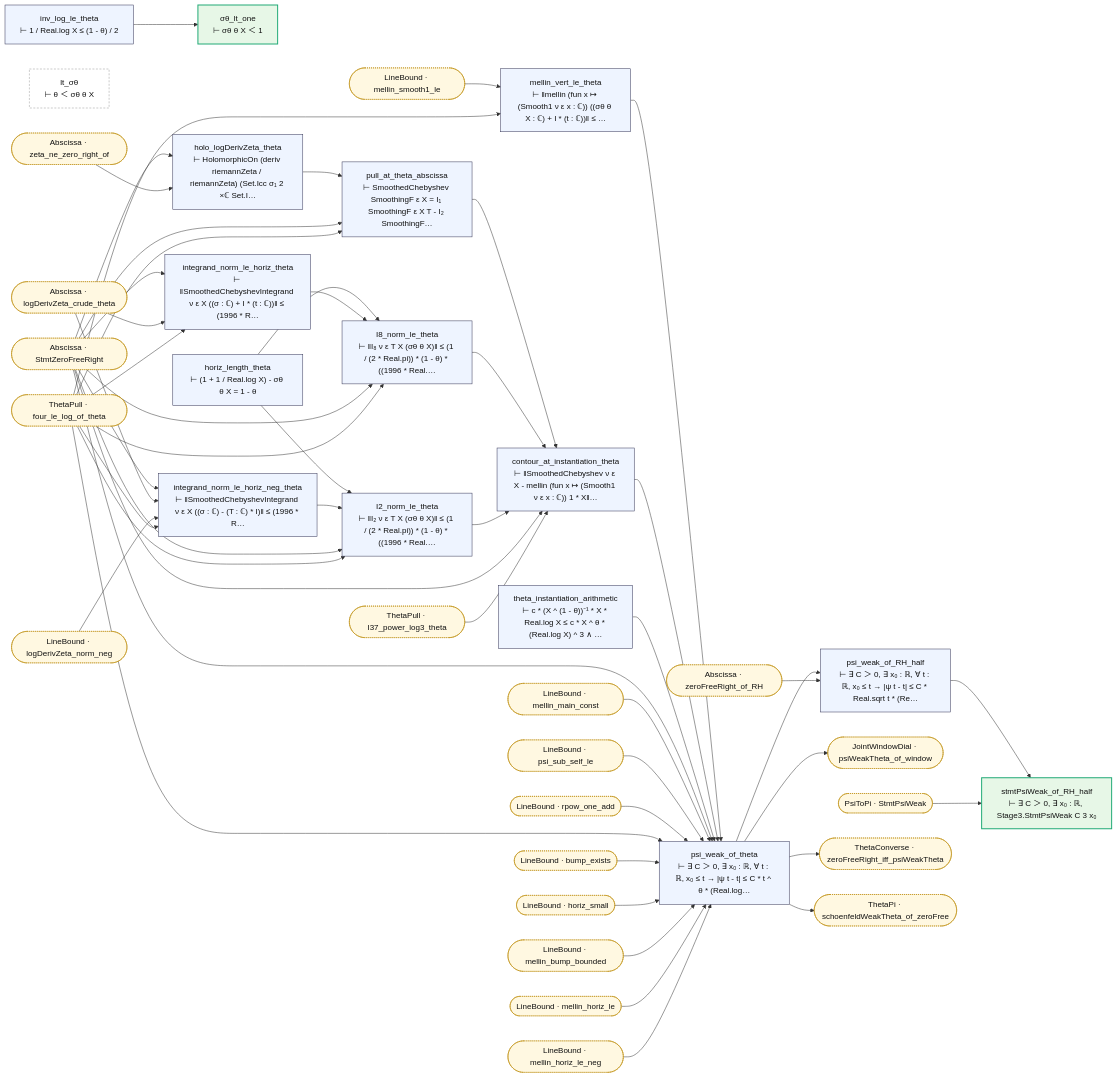
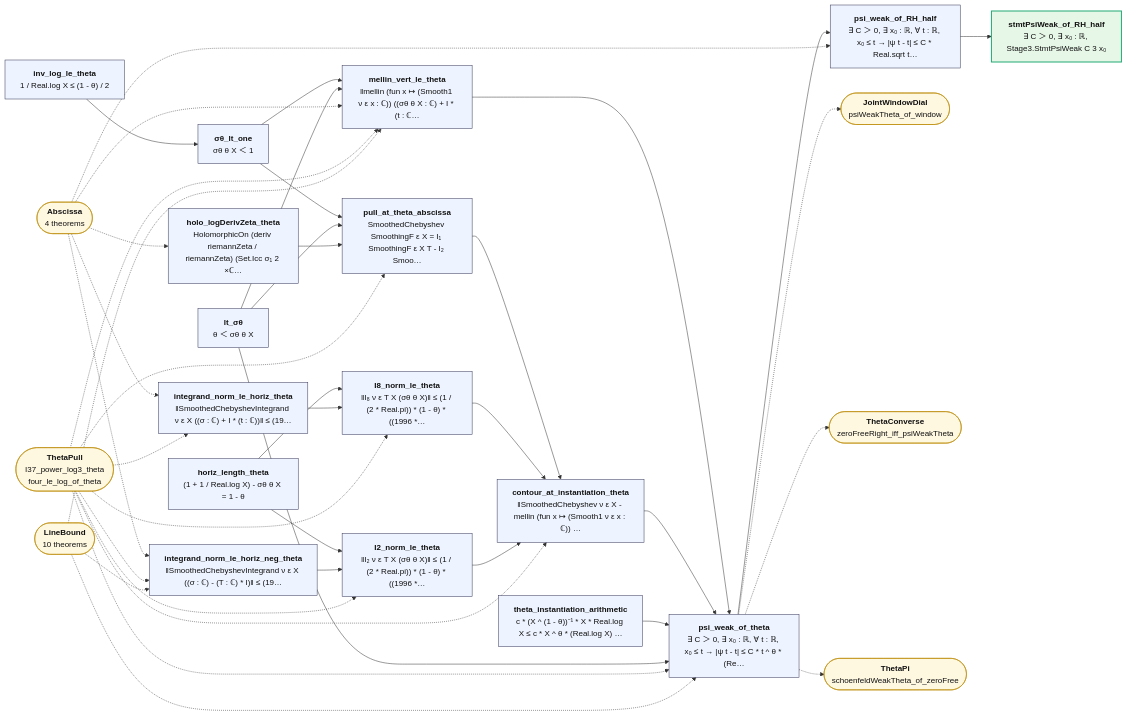
Before and after one commit to juliansambranojr/Primebeat_081426: the diagram in map/lean_stage3/ThetaPsi.md, drawn with Mermaid. The commit also changed other lines of this file and 387 other files, not shown here.

````diff
--- a/map/lean_stage3/ThetaPsi.md
+++ b/map/lean_stage3/ThetaPsi.md
@@ -8,50 +12,38 @@
 ```mermaid
 flowchart LR
-  n0["inv_log_le_theta<br/>⊢ 1 / Real.log X ≤ (1 - θ) / 2"]:::thm
-  n1["σθ_lt_one<br/>⊢ σθ θ X ＜ 1"]:::end_
-  n2["lt_σθ<br/>⊢ θ ＜ σθ θ X"]:::lone
-  n3["horiz_length_theta<br/>⊢ (1 + 1 / Real.log X) - σθ θ X = 1 - θ"]:::thm
-  n4["holo_logDerivZeta_theta<br/>⊢ HolomorphicOn (deriv riemannZeta / riemannZeta) (Set.Icc σ₁ 2 ×ℂ Set.I…"]:::thm
-  n5["pull_at_theta_abscissa<br/>⊢ SmoothedChebyshev SmoothingF ε X = I₁ SmoothingF ε X T - I₂ SmoothingF…"]:::thm
-  n6["integrand_norm_le_horiz_theta<br/>⊢ ‖SmoothedChebyshevIntegrand ν ε X ((σ : ℂ) + I * (t : ℂ))‖ ≤ (1996 * R…"]:::thm
-  n7["integrand_norm_le_horiz_neg_theta<br/>⊢ ‖SmoothedChebyshevIntegrand ν ε X ((σ : ℂ) - (T : ℂ) * I)‖ ≤ (1996 * R…"]:::thm
-  n8["I8_norm_le_theta<br/>⊢ ‖I₈ ν ε T X (σθ θ X)‖ ≤ (1 / (2 * Real.pi)) * (1 - θ) * ((1996 * Real.…"]:::thm
-  n9["I2_norm_le_theta<br/>⊢ ‖I₂ ν ε T X (σθ θ X)‖ ≤ (1 / (2 * Real.pi)) * (1 - θ) * ((1996 * Real.…"]:::thm
-  n10["mellin_vert_le_theta<br/>⊢ ‖mellin (fun x ↦ (Smooth1 ν ε x : ℂ)) ((σθ θ X : ℂ) + I * (t : ℂ))‖ ≤ …"]:::thm
-  n11["contour_at_instantiation_theta<br/>⊢ ‖SmoothedChebyshev ν ε X - mellin (fun x ↦ (Smooth1 ν ε x : ℂ)) 1 * X‖…"]:::thm
-  n12["theta_instantiation_arithmetic<br/>⊢ c * (X ^ (1 - θ))⁻¹ * X * Real.log X ≤ c * X ^ θ * (Real.log X) ^ 3 ∧ …"]:::thm
-  n13["psi_weak_of_theta<br/>⊢ ∃ C ＞ 0, ∃ x₀ : ℝ, ∀ t : ℝ, x₀ ≤ t → |ψ t - t| ≤ C * t ^ θ * (Real.log…"]:::thm
-  n14["psi_weak_of_RH_half<br/>⊢ ∃ C ＞ 0, ∃ x₀ : ℝ, ∀ t : ℝ, x₀ ≤ t → |ψ t - t| ≤ C * Real.sqrt t * (Re…"]:::thm
-  n15["stmtPsiWeak_of_RH_half<br/>⊢ ∃ C ＞ 0, ∃ x₀ : ℝ, Stage3.StmtPsiWeak C 3 x₀"]:::end_
-  x0(["Abscissa · StmtZeroFreeRight"]):::ext
-  x1(["Abscissa · logDerivZeta_crude_theta"]):::ext
-  x2(["Abscissa · zeroFreeRight_of_RH"]):::ext
-  x3(["Abscissa · zeta_ne_zero_right_of"]):::ext
-  x4(["JointWindowDial · psiWeakTheta_of_window"]):::ext
-  x5(["LineBound · bump_exists"]):::ext
-  x6(["LineBound · horiz_small"]):::ext
-  x7(["LineBound · mellin_bump_bounded"]):::ext
-  x8(["LineBound · mellin_horiz_le"]):::ext
-  x9(["LineBound · mellin_horiz_le_neg"]):::ext
-  x10(["LineBound · mellin_main_const"]):::ext
-  x11(["LineBound · mellin_smooth1_le"]):::ext
-  x12(["LineBound · psi_sub_self_le"]):::ext
-  x13(["LineBound · rpow_one_add"]):::ext
-  x14(["LineBound · logDerivZeta_norm_neg"]):::ext
-  x15(["PsiToPi · StmtPsiWeak"]):::ext
-  x16(["ThetaConverse · zeroFreeRight_iff_psiWeakTheta"]):::ext
-  x17(["ThetaPi · schoenfeldWeakTheta_of_zeroFree"]):::ext
-  x18(["ThetaPull · I37_power_log3_theta"]):::ext
-  x19(["ThetaPull · four_le_log_of_theta"]):::ext
+  n0["<b>inv_log_le_theta</b><br/>1 / Real.log X ≤ (1 - θ) / 2"]:::thm
+  n1["<b>σθ_lt_one</b><br/>σθ θ X ＜ 1"]:::thm
+  n2["<b>lt_σθ</b><br/>θ ＜ σθ θ X"]:::thm
+  n3["<b>horiz_length_theta</b><br/>(1 + 1 / Real.log X) - σθ θ X = 1 - θ"]:::thm
+  n4["<b>holo_logDerivZeta_theta</b><br/>HolomorphicOn (deriv riemannZeta / riemannZeta) (Set.Icc σ₁ 2 ×ℂ…"]:::thm
+  n5["<b>pull_at_theta_abscissa</b><br/>SmoothedChebyshev SmoothingF ε X = I₁ SmoothingF ε X T - I₂ Smoo…"]:::thm
+  n6["<b>integrand_norm_le_horiz_theta</b><br/>‖SmoothedChebyshevIntegrand ν ε X ((σ : ℂ) + I * (t : ℂ))‖ ≤ (19…"]:::thm
+  n7["<b>integrand_norm_le_horiz_neg_theta</b><br/>‖SmoothedChebyshevIntegrand ν ε X ((σ : ℂ) - (T : ℂ) * I)‖ ≤ (19…"]:::thm
+  n8["<b>I8_norm_le_theta</b><br/>‖I₈ ν ε T X (σθ θ X)‖ ≤ (1 / (2 * Real.pi)) * (1 - θ) * ((1996 *…"]:::thm
+  n9["<b>I2_norm_le_theta</b><br/>‖I₂ ν ε T X (σθ θ X)‖ ≤ (1 / (2 * Real.pi)) * (1 - θ) * ((1996 *…"]:::thm
+  n10["<b>mellin_vert_le_theta</b><br/>‖mellin (fun x ↦ (Smooth1 ν ε x : ℂ)) ((σθ θ X : ℂ) + I * (t : ℂ…"]:::thm
+  n11["<b>contour_at_instantiation_theta</b><br/>‖SmoothedChebyshev ν ε X - mellin (fun x ↦ (Smooth1 ν ε x : ℂ)) …"]:::thm
+  n12["<b>theta_instantiation_arithmetic</b><br/>c * (X ^ (1 - θ))⁻¹ * X * Real.log X ≤ c * X ^ θ * (Real.log X) …"]:::thm
+  n13["<b>psi_weak_of_theta</b><br/>∃ C ＞ 0, ∃ x₀ : ℝ, ∀ t : ℝ, x₀ ≤ t → |ψ t - t| ≤ C * t ^ θ * (Re…"]:::thm
+  n14["<b>psi_weak_of_RH_half</b><br/>∃ C ＞ 0, ∃ x₀ : ℝ, ∀ t : ℝ, x₀ ≤ t → |ψ t - t| ≤ C * Real.sqrt t…"]:::thm
+  n15["<b>stmtPsiWeak_of_RH_half</b><br/>∃ C ＞ 0, ∃ x₀ : ℝ, Stage3.StmtPsiWeak C 3 x₀"]:::end_
+  x0(["<b>Abscissa</b><br/>4 theorems"]):::ext
+  x1(["<b>ThetaPull</b><br/>I37_power_log3_theta<br/>four_le_log_of_theta"]):::ext
+  x2(["<b>LineBound</b><br/>10 theorems"]):::ext
+  x3(["<b>JointWindowDial</b><br/>psiWeakTheta_of_window"]):::ext
+  x4(["<b>ThetaConverse</b><br/>zeroFreeRight_iff_psiWeakTheta"]):::ext
+  x5(["<b>ThetaPi</b><br/>schoenfeldWeakTheta_of_zeroFree"]):::ext
   n0 --> n1
+  n1 --> n10
+  n1 --> n5
   n10 --> n13
   n11 --> n13
   n12 --> n13
   n13 --> n14
-  n13 --> x16
-  n13 --> x17
-  n13 --> x4
   n14 --> n15
+  n2 --> n10
+  n2 --> n13
+  n2 --> n5
   n3 --> n8
   n3 --> n9
   n4 --> n5
@@ -60,41 +52,28 @@
   n7 --> n9
   n8 --> n11
   n9 --> n11
-  x0 --> n11
-  x0 --> n13
-  x0 --> n4
-  x0 --> n5
-  x0 --> n6
-  x0 --> n7
-  x0 --> n8
-  x0 --> n9
-  x1 --> n6
-  x1 --> n7
-  x10 --> n13
-  x11 --> n10
-  x12 --> n13
-  x13 --> n13
-  x14 --> n7
-  x15 --> n15
-  x18 --> n11
-  x19 --> n10
-  x19 --> n13
-  x19 --> n5
-  x19 --> n6
-  x19 --> n7
-  x19 --> n8
-  x19 --> n9
-  x2 --> n14
-  x3 --> n4
-  x5 --> n13
-  x6 --> n13
-  x7 --> n13
-  x8 --> n13
-  x9 --> n13
+  n13 -.-> x3
+  n13 -.-> x4
+  n13 -.-> x5
+  x0 -.-> n10
+  x0 -.-> n14
+  x0 -.-> n4
+  x0 -.-> n6
+  x0 -.-> n7
+  x1 -.-> n10
+  x1 -.-> n11
+  x1 -.-> n13
+  x1 -.-> n5
+  x1 -.-> n6
+  x1 -.-> n7
+  x1 -.-> n8
+  x1 -.-> n9
+  x2 -.-> n10
+  x2 -.-> n13
+  x2 -.-> n7
   classDef thm fill:#eef4ff,stroke:#335,color:#111
-  classDef dfn fill:#f2f2f2,stroke:#777,color:#111
   classDef end_ fill:#e7f7e7,stroke:#2a7,color:#111,stroke-width:2px
   classDef lone fill:#fff,stroke:#999,color:#111,stroke-dasharray:4 3
   classDef bad fill:#ffe5e5,stroke:#c22,color:#111,stroke-width:2px
-  classDef ext fill:#fff8e1,stroke:#b80,color:#111,stroke-dasharray:2 2
+  classDef ext fill:#fff8e1,stroke:#b80,color:#111
 ```
````
